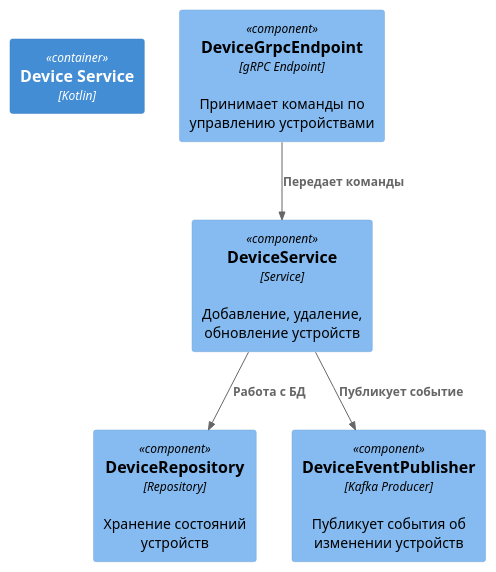
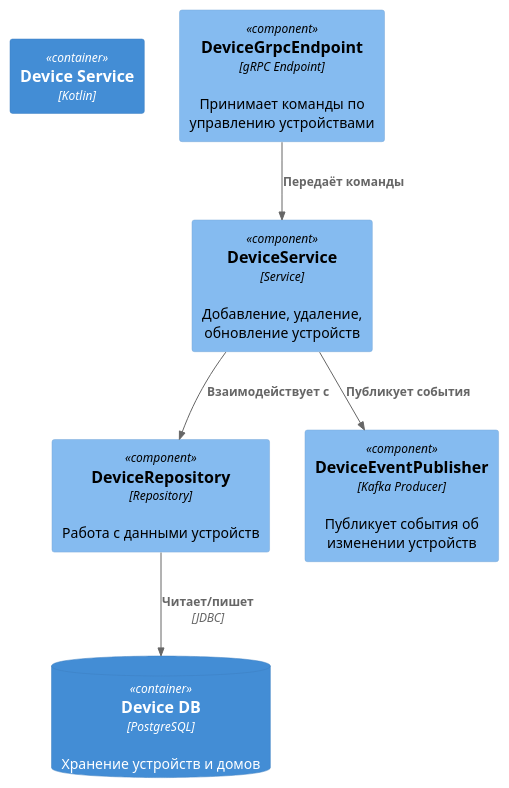
The diagram in diagrams/component/Device_Component.puml (vladislavego/architecture-warmhouse), drawn with PlantUML before and after one commit. The commit also changed 11 other files, not shown here.

```diff
--- a/diagrams/component/Device_Component.puml
+++ b/diagrams/component/Device_Component.puml
@@ -1,15 +1,17 @@
 @startuml DeviceService_Component
 !includeurl https://raw.githubusercontent.com/plantuml-stdlib/C4-PlantUML/master/C4_Component.puml
 
 Container(deviceService, "Device Service", "Kotlin")
 
 Component(api, "DeviceGrpcEndpoint", "gRPC Endpoint", "Принимает команды по управлению устройствами")
 Component(service, "DeviceService", "Service", "Добавление, удаление, обновление устройств")
-Component(repo, "DeviceRepository", "Repository", "Хранение состояний устройств")
+Component(repo, "DeviceRepository", "Repository", "Работа с данными устройств")
 Component(eventProducer, "DeviceEventPublisher", "Kafka Producer", "Публикует события об изменении устройств")
+ContainerDb(deviceDb, "Device DB", "PostgreSQL", "Хранение устройств и домов")
 
-Rel(api, service, "Передает команды")
-Rel(service, repo, "Работа с БД")
-Rel(service, eventProducer, "Публикует событие")
+Rel(api, service, "Передаёт команды")
+Rel(service, repo, "Взаимодействует с")
+Rel(service, eventProducer, "Публикует события")
+Rel(repo, deviceDb, "Читает/пишет", "JDBC")
 
 @enduml
```
